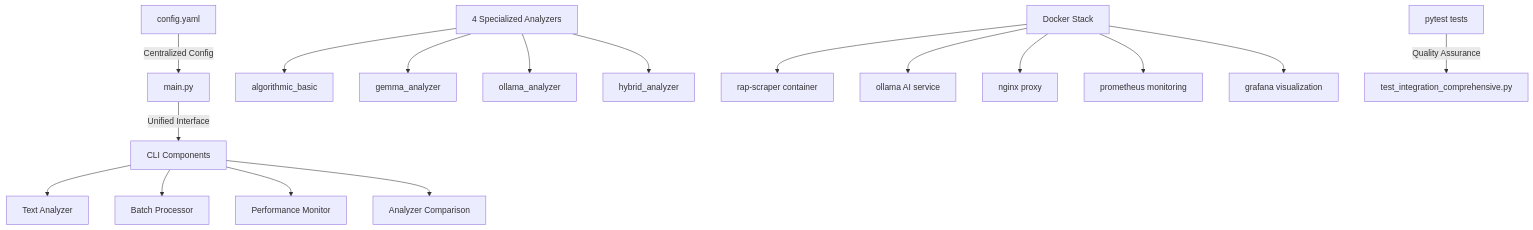
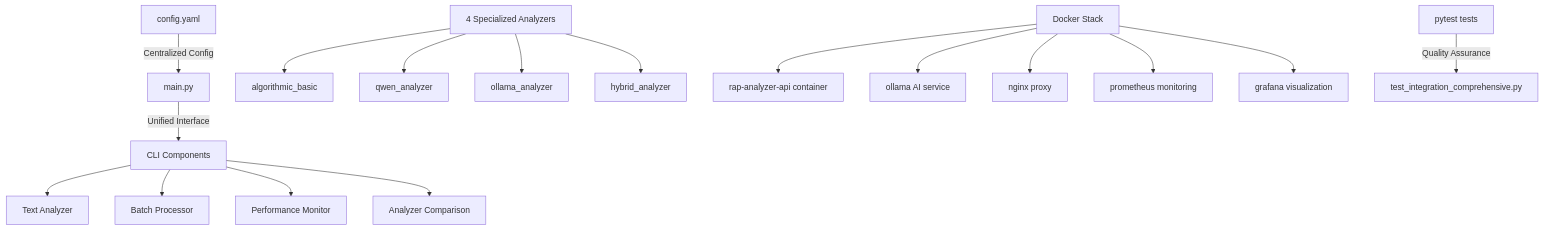
Before and after one commit to Vastargazing/rap-scraper-project: the diagram in docs/claude.md, drawn with Mermaid. The commit also changed other lines of this file and 28 other files, not shown here.

````diff
--- a/docs/claude.md
+++ b/docs/claude.md
@@ -95,22 +95,22 @@
 ```mermaid
 graph TD
     A[main.py] -->|Unified Interface| B[CLI Components]
     B --> C[Text Analyzer]
     B --> D[Batch Processor] 
     B --> E[Performance Monitor]
     B --> F[Analyzer Comparison]
     
     G[4 Specialized Analyzers] --> H[algorithmic_basic]
-    G --> I[gemma_analyzer]
+    G --> I[qwen_analyzer]
     G --> J[ollama_analyzer]
     G --> K[hybrid_analyzer]
     
-    L[Docker Stack] --> M[rap-scraper container]
+    L[Docker Stack] --> M[rap-analyzer-api container]
     L --> N[ollama AI service]
     L --> O[nginx proxy]
     L --> P[prometheus monitoring]
     L --> Q[grafana visualization]
     
     R[config.yaml] -->|Centralized Config| A
     S[pytest tests] -->|Quality Assurance| T[test_integration_comprehensive.py]
 ```
````
